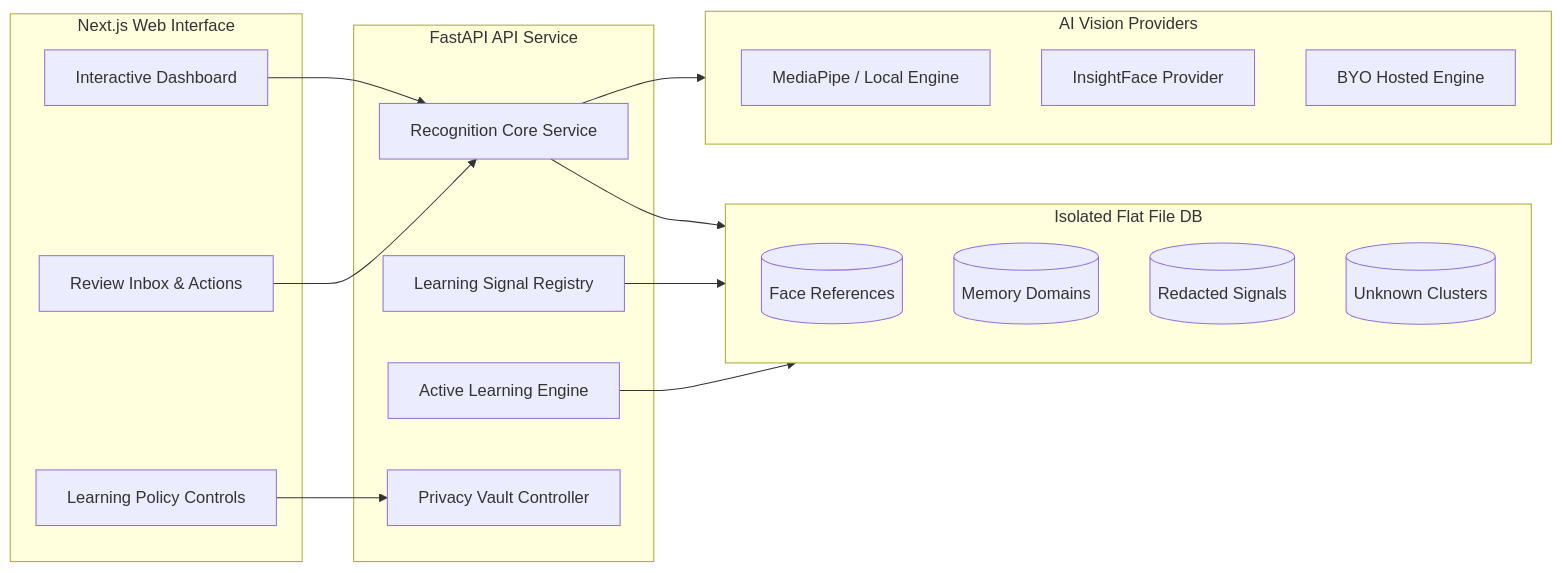
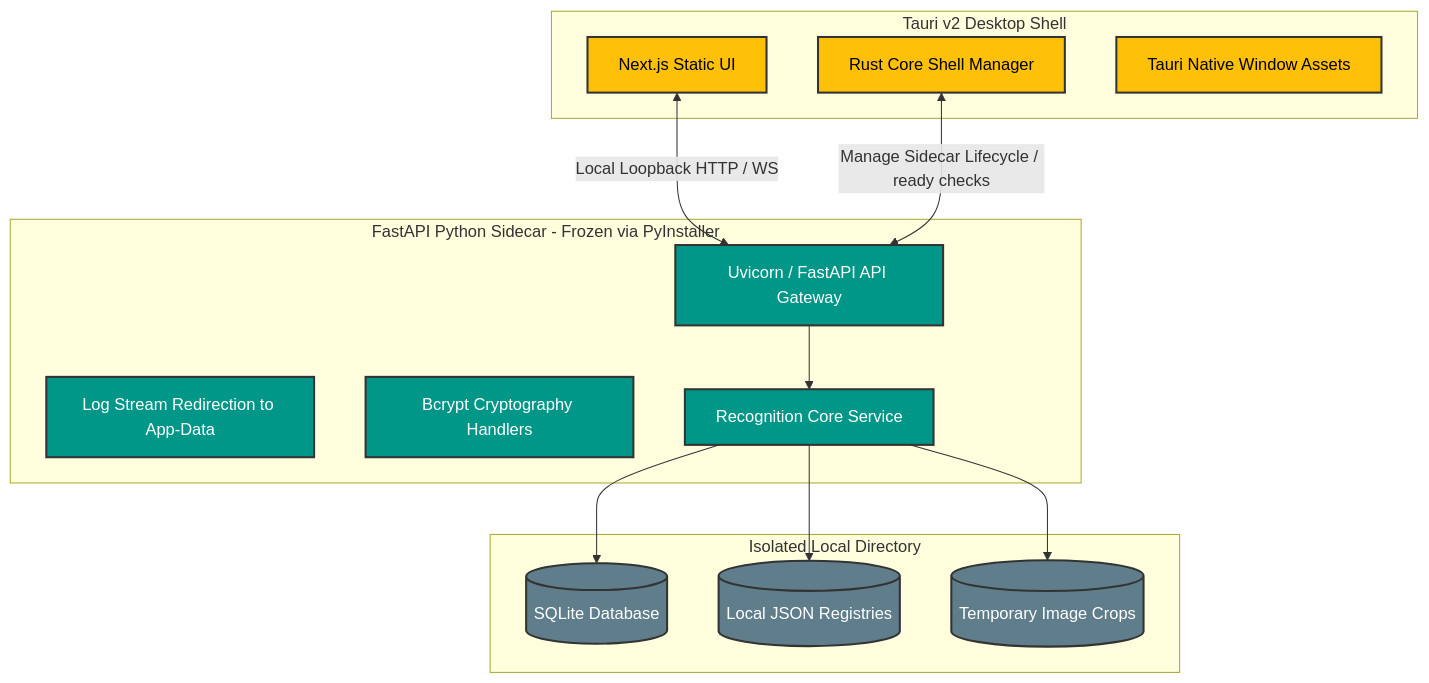
Before and after one commit to KanakMalpani/Self-Learning-Vision: the second of 2 diagrams in README.md, drawn with Mermaid. The commit also changed other lines of this file, not shown here.

Commit message:
docs: showcase Tauri v2 native desktop alpha architecture and Windows verified builds in README.md

````diff
--- a/README.md
+++ b/README.md
@@ -106,34 +133,35 @@
 ```mermaid
-flowchart LR
-    subgraph Frontend [Next.js Web Interface]
-        UI[Interactive Dashboard]
-        Inbox[Review Inbox & Actions]
-        Configs[Learning Policy Controls]
+flowchart TB
+    subgraph DesktopShell [Tauri v2 Desktop Shell]
+        UI[Next.js Static UI]
+        Rust[Rust Core Shell Manager]
+        Icons[Tauri Native Window Assets]
     end
 
-    subgraph Backend [FastAPI API Service]
+    subgraph FastAPI_Sidecar [FastAPI Python Sidecar - Frozen via PyInstaller]
+        API[Uvicorn / FastAPI API Gateway]
+        Logs[Log Stream Redirection to App-Data]
+        Bcrypt[Bcrypt Cryptography Handlers]
         Core[Recognition Core Service]
-        Learning[Learning Signal Registry]
-        Active[Active Learning Engine]
-        Vault[Privacy Vault Controller]
     end
 
-    subgraph PluggableProviders [AI Vision Providers]
-        Local[MediaPipe / Local Engine]
-        Insight[InsightFace Provider]
-        Custom[BYO Hosted Engine]
+    subgraph Storage [Isolated Local Directory]
+        SQLite[(SQLite Database)]
+        JSON[(Local JSON Registries)]
+        Assets[(Temporary Image Crops)]
     end
 
-    subgraph LocalStorage [Isolated Flat File DB]
-        Identities[(Face References)]
-        Domains[(Memory Domains)]
-        Signals[(Redacted Signals)]
-        Unknowns[(Unknown Clusters)]
-    end
-
-    UI & Inbox --> Core
-    Configs --> Vault
-    Core --> PluggableProviders
-    Core --> LocalStorage
-    Learning & Active --> LocalStorage
+    UI <-->|Local Loopback HTTP / WS| API
+    Rust <-->|Manage Sidecar Lifecycle / ready checks| API
+    API --> Core
+    Core --> SQLite
+    Core --> JSON
+    Core --> Assets
+    
+    classDef tauri fill:#FFC107,stroke:#333,stroke-width:2px,color:#000;
+    classDef python fill:#009688,stroke:#333,stroke-width:2px,color:#fff;
+    classDef store fill:#607D8B,stroke:#333,stroke-width:2px,color:#fff;
+    class UI,Rust,Icons tauri;
+    class API,Logs,Bcrypt,Core python;
+    class SQLite,JSON,Assets store;
 ```
````
